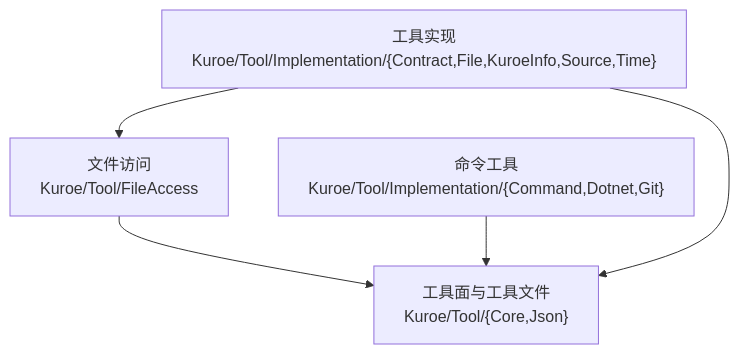
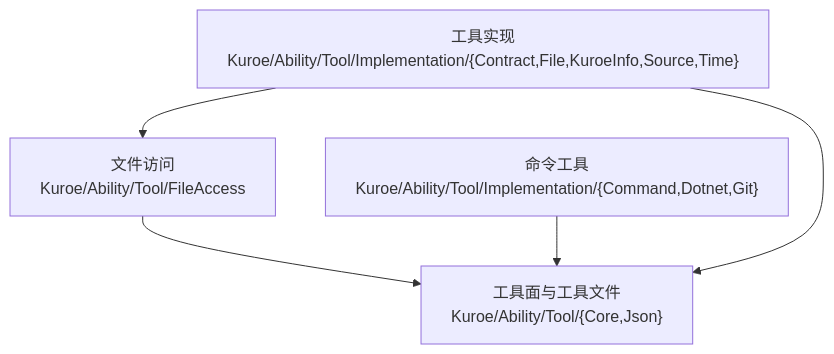
Before and after one commit to DrMelt/Kuroe: the diagram in docs/dev/architecture/functional-boundary/ability/tool/index.md, drawn with Mermaid. The commit also changed other lines of this file and 835 other files, not shown here.

Commit message:
节点、运行器与工具统一 Ability 前缀并归入 Kuroe/Ability，测试项目随源项目改名，架构测试按能力域定位并删除 Runner 共享层命名空间特例，文档同步

````diff
--- a/docs/dev/architecture/functional-boundary/ability/tool/index.md
+++ b/docs/dev/architecture/functional-boundary/ability/tool/index.md
@@ -5,11 +5,11 @@
 ```mermaid
 flowchart TD
-    Core["工具面与工具文件<br>Kuroe/Tool/{Core,Json}"]
-    FileAccess["文件访问<br>Kuroe/Tool/FileAccess"]
-    CommandTools["命令工具<br>Kuroe/Tool/Implementation/{Command,Dotnet,Git}"]
-    Implementation["工具实现<br>Kuroe/Tool/Implementation/{Contract,File,KuroeInfo,Source,Time}"]
+    Core["工具面与工具文件<br>Kuroe/Ability/Tool/{Core,Json}"]
+    FileAccess["文件访问<br>Kuroe/Ability/Tool/FileAccess"]
+    CommandTools["命令工具<br>Kuroe/Ability/Tool/Implementation/{Command,Dotnet,Git}"]
+    Implementation["工具实现<br>Kuroe/Ability/Tool/Implementation/{Contract,File,KuroeInfo,Source,Time}"]
     FileAccess --> Core
     CommandTools --> Core
     Implementation --> Core
     Implementation --> FileAccess
 ```
````
